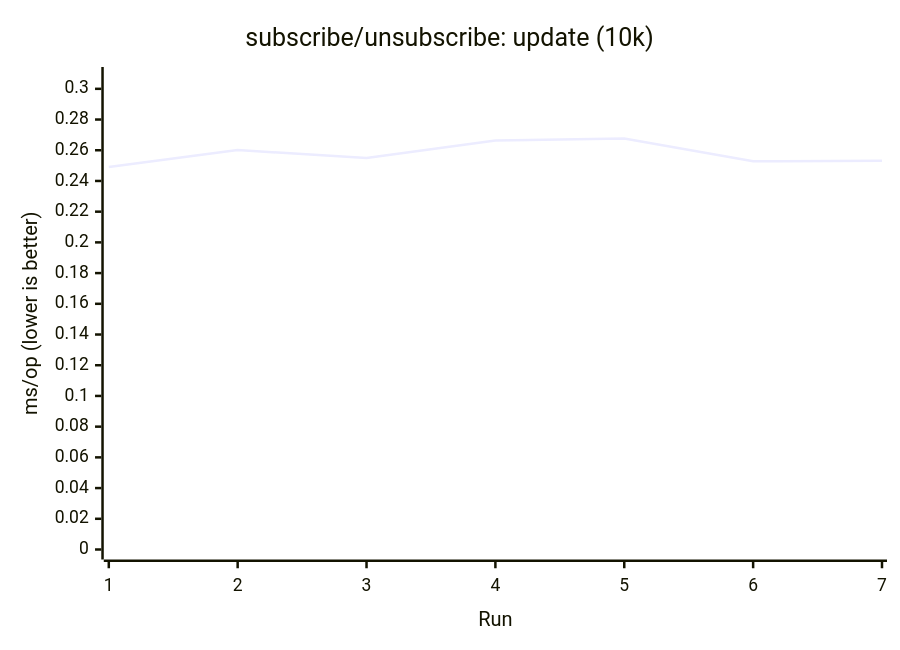
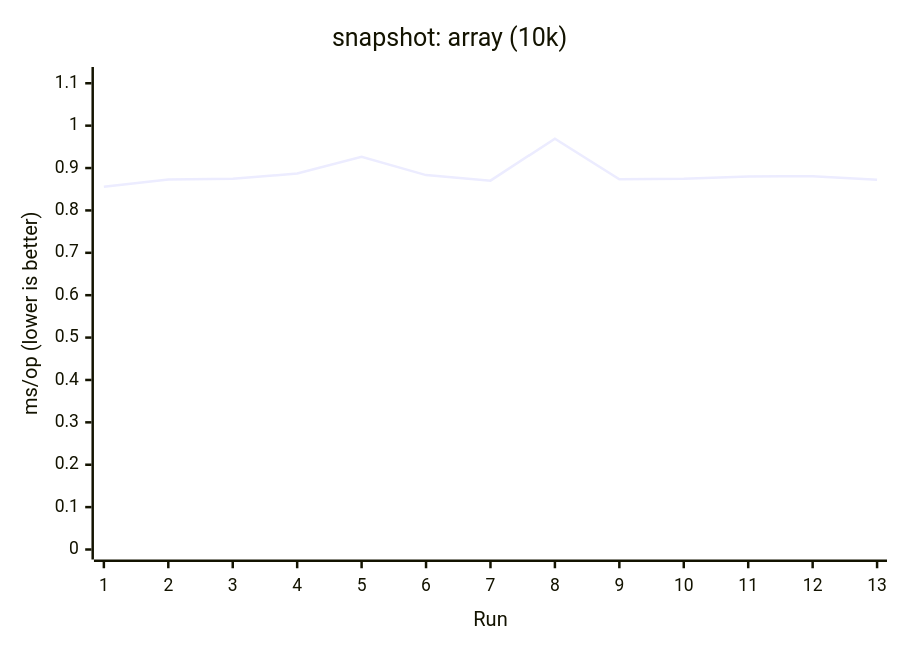
Diagram 15 of 17 in apps/docs/src/content/docs/en/guides/benchmark.mdx (AIluffy/io), drawn with Mermaid before and after one commit. The commit also changed other lines of this file and 11 other files, not shown here.

````diff
--- a/apps/docs/src/content/docs/en/guides/benchmark.mdx
+++ b/apps/docs/src/content/docs/en/guides/benchmark.mdx
@@ -296,7 +387,7 @@
 ```mermaid
 xychart-beta
-  title "subscribe/unsubscribe: update (10k)"
-  x-axis "Run" [1, 2, 3, 4, 5, 6, 7]
-  y-axis "ms/op (lower is better)" 0 --> 0.3077
-  line [0.2491, 0.2601, 0.2549, 0.2664, 0.2676, 0.2528, 0.2531]
+  title "snapshot: array (10k)"
+  x-axis "Run" [1, 2, 3, 4, 5, 6, 7, 8, 9, 10, 11, 12, 13]
+  y-axis "ms/op (lower is better)" 0 --> 1.1148
+  line [0.8558, 0.8727, 0.8746, 0.8872, 0.9264, 0.8833, 0.8703, 0.9694, 0.8734, 0.8747, 0.8803, 0.8805, 0.8721]
 ```
````
